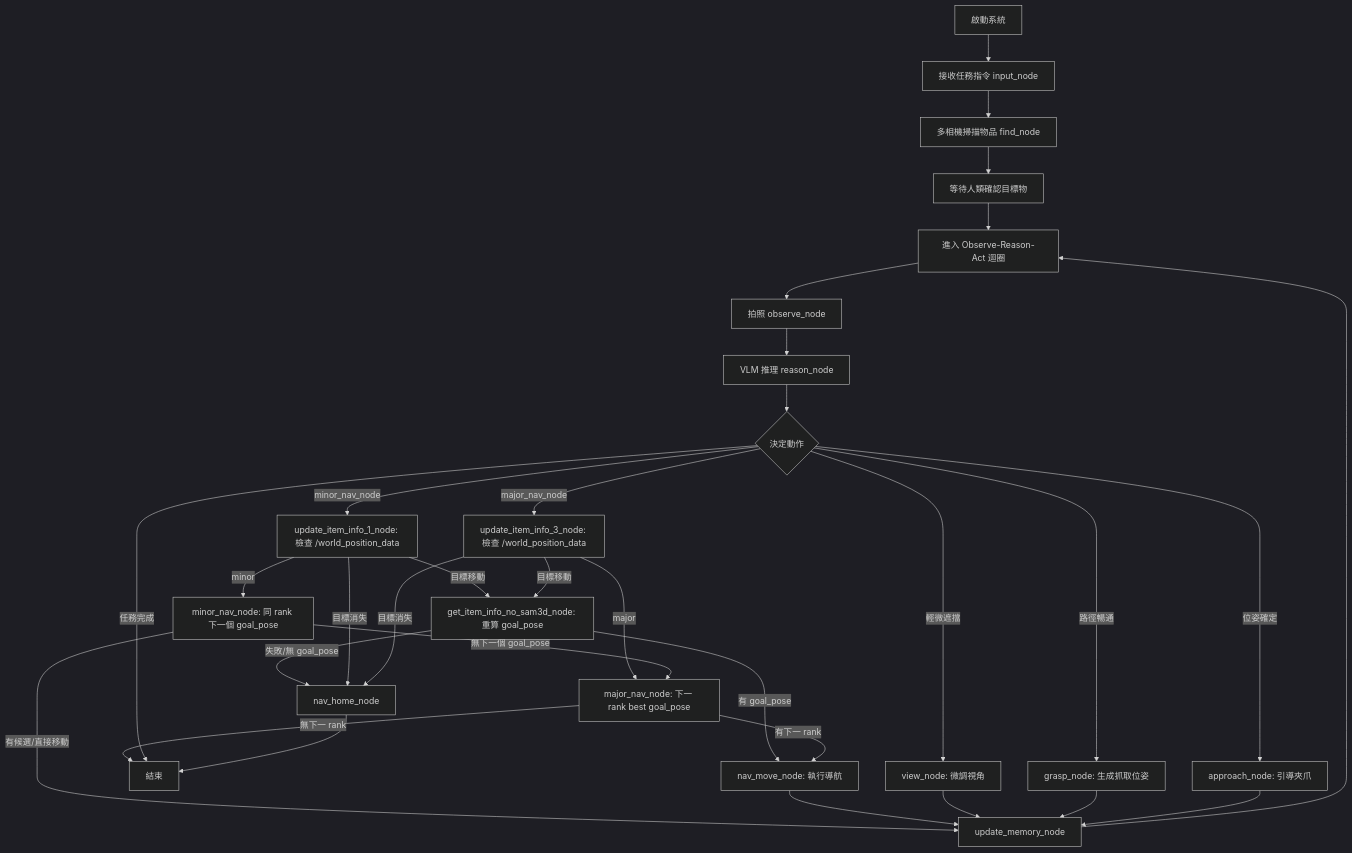
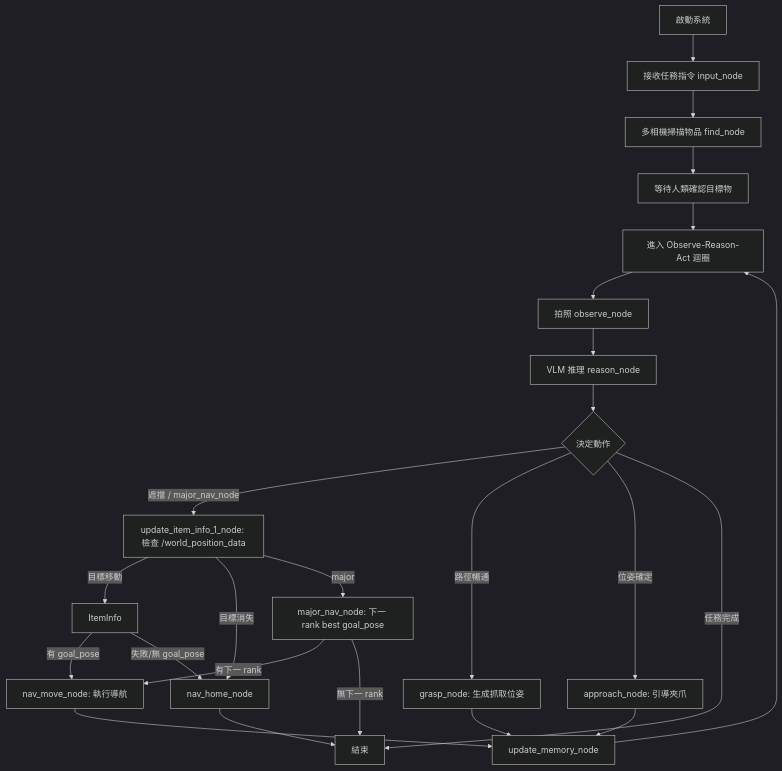
Before and after one commit to tj1125/pros_workflow: the seventh of 8 diagrams in docs/spec.md, drawn with Mermaid (dark theme). The commit also changed 6 other files, not shown here.

Commit message:
remove minor_nav_node

````diff
--- a/docs/spec.md
+++ b/docs/spec.md
@@ -169,34 +169,26 @@
 ```mermaid
 flowchart TD
   Start[啟動系統] --> Input[接收任務指令 input_node]
   Input --> Find[多相機掃描物品 find_node]
   Find --> Confirm[等待人類確認目標物]
   Confirm --> Loop[進入 Observe-Reason-Act 迴圈]
   Loop --> Obs[拍照 observe_node]
   Obs --> Reason[VLM 推理 reason_node]
   Reason --> Route{決定動作}
-  Route -- minor_nav_node --> UpdateInfoMinor[update_item_info_1_node: 檢查 /world_position_data]
-  Route -- major_nav_node --> UpdateInfoMajor[update_item_info_3_node: 檢查 /world_position_data]
-  UpdateInfoMinor -- 目標移動 --> ItemInfo[get_item_info_no_sam3d_node: 重算 goal_pose]
+  Route -- 遮擋 / major_nav_node --> UpdateInfoMajor[update_item_info_1_node: 檢查 /world_position_data]
   UpdateInfoMajor -- 目標移動 --> ItemInfo
   ItemInfo -- 有 goal_pose --> NavMove[nav_move_node: 執行導航]
   ItemInfo -- 失敗/無 goal_pose --> Home
-  UpdateInfoMinor -- 目標消失 --> Home[nav_home_node]
-  UpdateInfoMajor -- 目標消失 --> Home
-  UpdateInfoMinor -- minor --> MinorNav[minor_nav_node: 同 rank 下一個 goal_pose]
+  UpdateInfoMajor -- 目標消失 --> Home[nav_home_node]
   UpdateInfoMajor -- major --> MajorNav[major_nav_node: 下一 rank best goal_pose]
-  MinorNav -- 無下一個 goal_pose --> MajorNav[major_nav_node: 下一 rank best goal_pose]
-  MinorNav -- 有候選/直接移動 --> Memory[update_memory_node]
   MajorNav -- 有下一 rank --> NavMove
   MajorNav -- 無下一 rank --> Done
-  Route -- 輕微遮擋 --> View[view_node: 微調視角]
   Route -- 路徑暢通 --> Grasp[grasp_node: 生成抓取位姿]
   Route -- 位姿確定 --> Approach[approach_node: 引導夾爪]
   Route -- 任務完成 --> Done[結束]
   NavMove --> Memory[update_memory_node]
   Home --> Done
-  View --> Memory
   Grasp --> Memory
   Approach --> Memory
   Memory --> Loop
 ```
````
